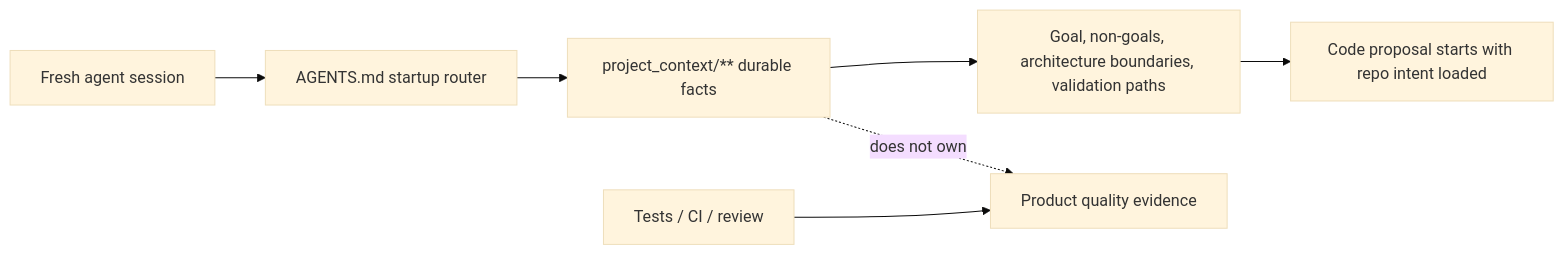
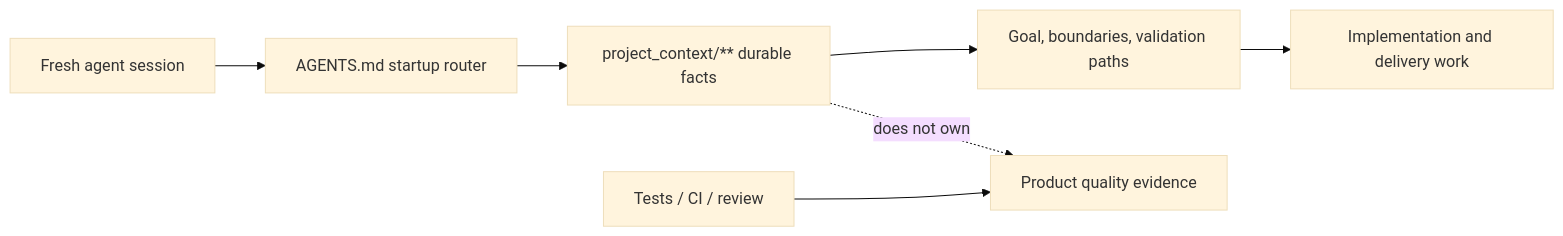
One commit to Seven128/project-tiny-context-harness changed the diagram in README.md. Above: the diagram before and after it, drawn with Mermaid (base theme). The commit also changed other lines of this file and 320 other files, not shown here.

````diff
--- a/README.md
+++ b/README.md
@@ -40,9 +36,9 @@
 ```mermaid
 flowchart LR
   A["Fresh agent session"] --> B["AGENTS.md startup router"]
   B --> C["project_context/** durable facts"]
-  C --> D["Goal, non-goals, architecture boundaries, validation paths"]
-  D --> E["Code proposal starts with repo intent loaded"]
+  C --> D["Goal, boundaries, validation paths"]
+  D --> E["Implementation and delivery work"]
   F["Tests / CI / review"] --> G["Product quality evidence"]
   C -. "does not own" .-> G
 ```
````
